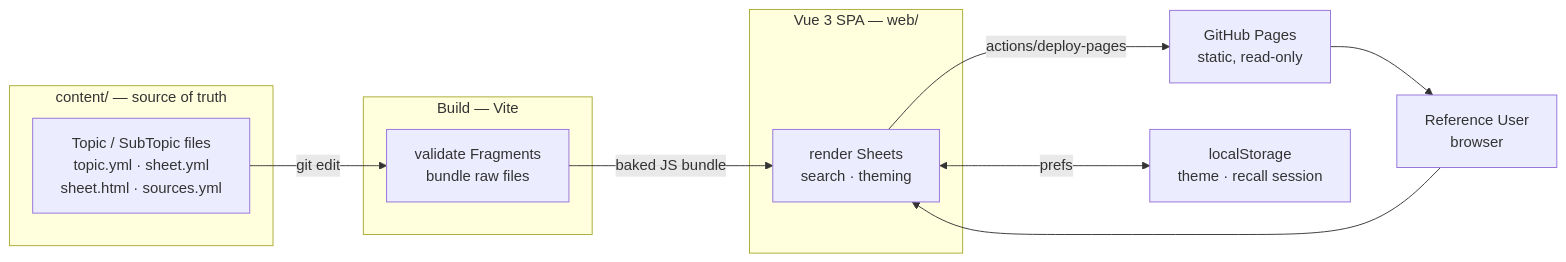
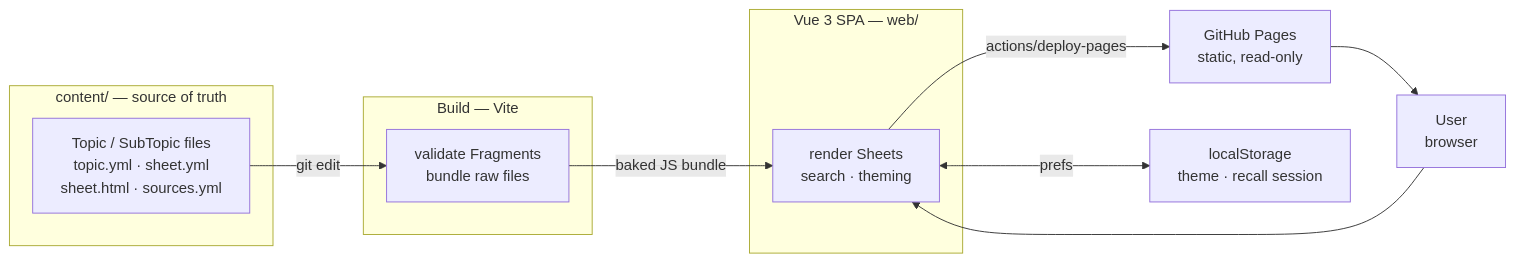
Before and after one commit to Povaz/cheatsheets: the first of 6 diagrams in docs/hldd/hldd.md, drawn with Mermaid. The commit also changed other lines of this file and 12 other files, not shown here.

````diff
--- a/docs/hldd/hldd.md
+++ b/docs/hldd/hldd.md
@@ -105,22 +36,22 @@
 ```mermaid
 flowchart LR
     subgraph authoring["content/ — source of truth"]
         C["Topic / SubTopic files<br/>topic.yml · sheet.yml<br/>sheet.html · sources.yml"]
     end
     subgraph build["Build — Vite"]
         B["validate Fragments<br/>bundle raw files"]
     end
     subgraph app["Vue 3 SPA — web/"]
         A["render Sheets<br/>search · theming"]
     end
     H["GitHub Pages<br/>static, read-only"]
-    U["Reference User<br/>browser"]
+    U["User<br/>browser"]
     LS["localStorage<br/>theme · recall session"]
 
     C -->|git edit| B
     B -->|baked JS bundle| A
     A -->|actions/deploy-pages| H
     H --> U
     U --> A
     A <-->|prefs| LS
 ```
````
